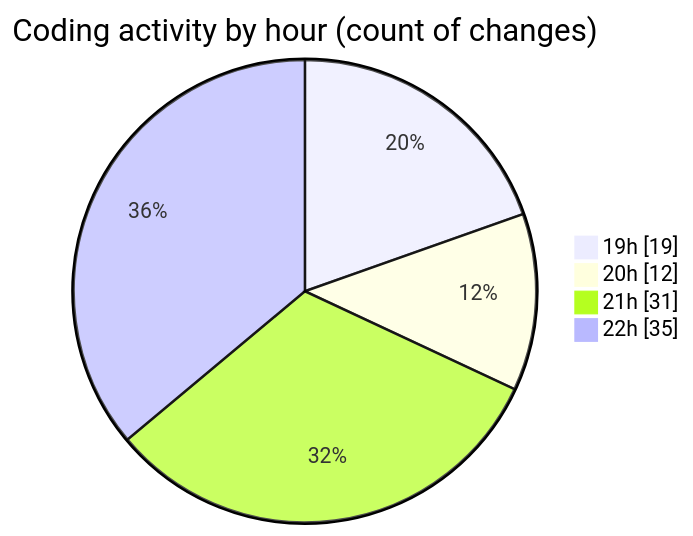
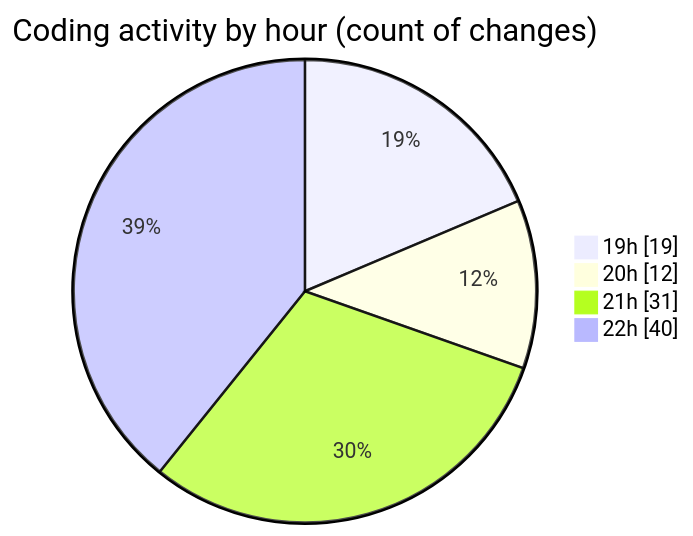
The second of 2 diagrams in 2025-07-28/quanlyrapchieuphim-2/README.md (lephambinh05/code-tracking), drawn with Mermaid before and after one commit. The commit also changed other lines of this file and 1 other file, not shown here.

````diff
--- a/2025-07-28/quanlyrapchieuphim-2/README.md
+++ b/2025-07-28/quanlyrapchieuphim-2/README.md
@@ -59,8 +59,8 @@
 ```mermaid
 pie showData
 title Coding activity by hour (count of changes)
 "19h" : 19
 "20h" : 12
 "21h" : 31
-"22h" : 35
+"22h" : 40
 ```
````
